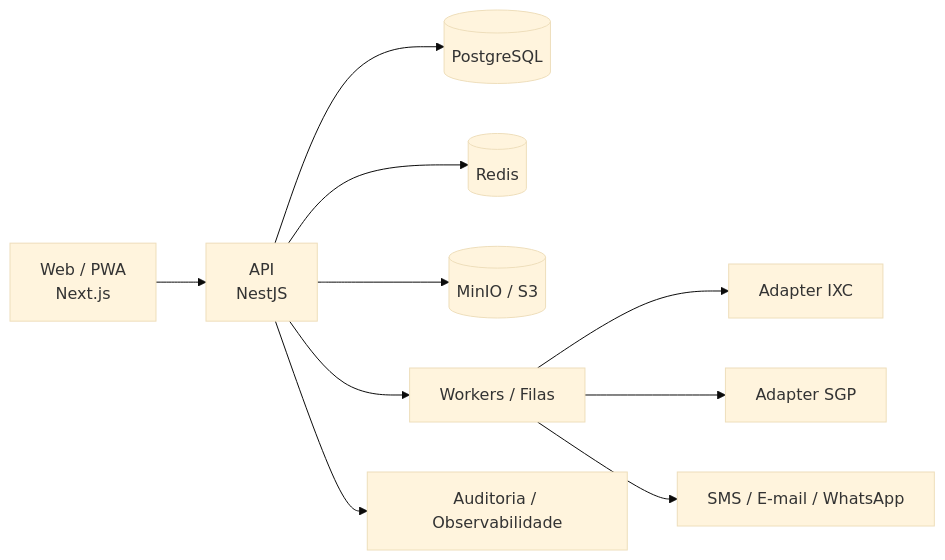
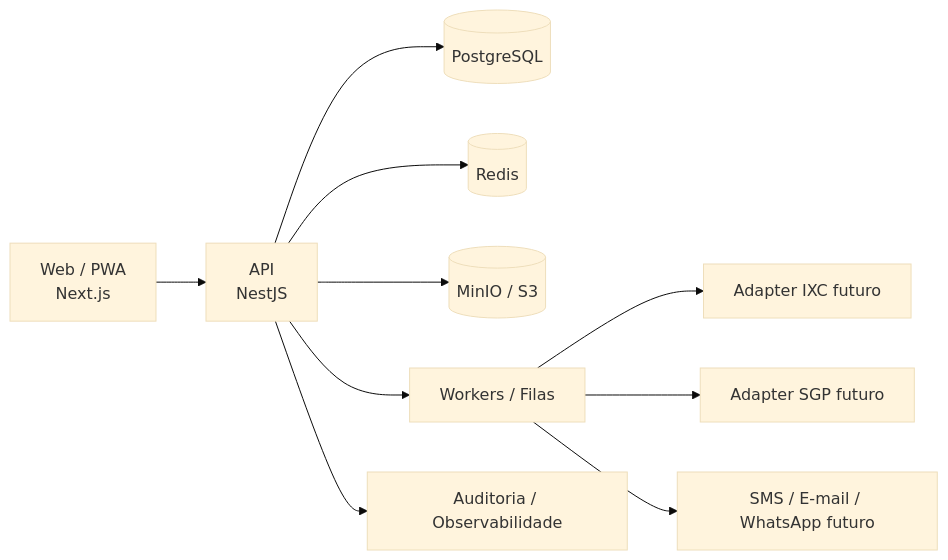
One commit to nicholasrichardsonsecurity/quero-internet changed the diagram in README.md. Above: the diagram before and after it, drawn with Mermaid (base theme). The commit also changed other lines of this file and 4 other files, not shown here.

````diff
--- a/README.md
+++ b/README.md
@@ -75,12 +116,12 @@
 ```mermaid
 flowchart LR
   WEB[Web / PWA\nNext.js] --> API[API\nNestJS]
   API --> DB[(PostgreSQL)]
   API --> REDIS[(Redis)]
   API --> STORAGE[(MinIO / S3)]
   API --> WORKER[Workers / Filas]
-  WORKER --> IXC[Adapter IXC]
-  WORKER --> SGP[Adapter SGP]
-  WORKER --> MSG[SMS / E-mail / WhatsApp]
+  WORKER --> IXC[Adapter IXC futuro]
+  WORKER --> SGP[Adapter SGP futuro]
+  WORKER --> MSG[SMS / E-mail / WhatsApp futuro]
   API --> AUDIT[Auditoria / Observabilidade]
 ```
````
